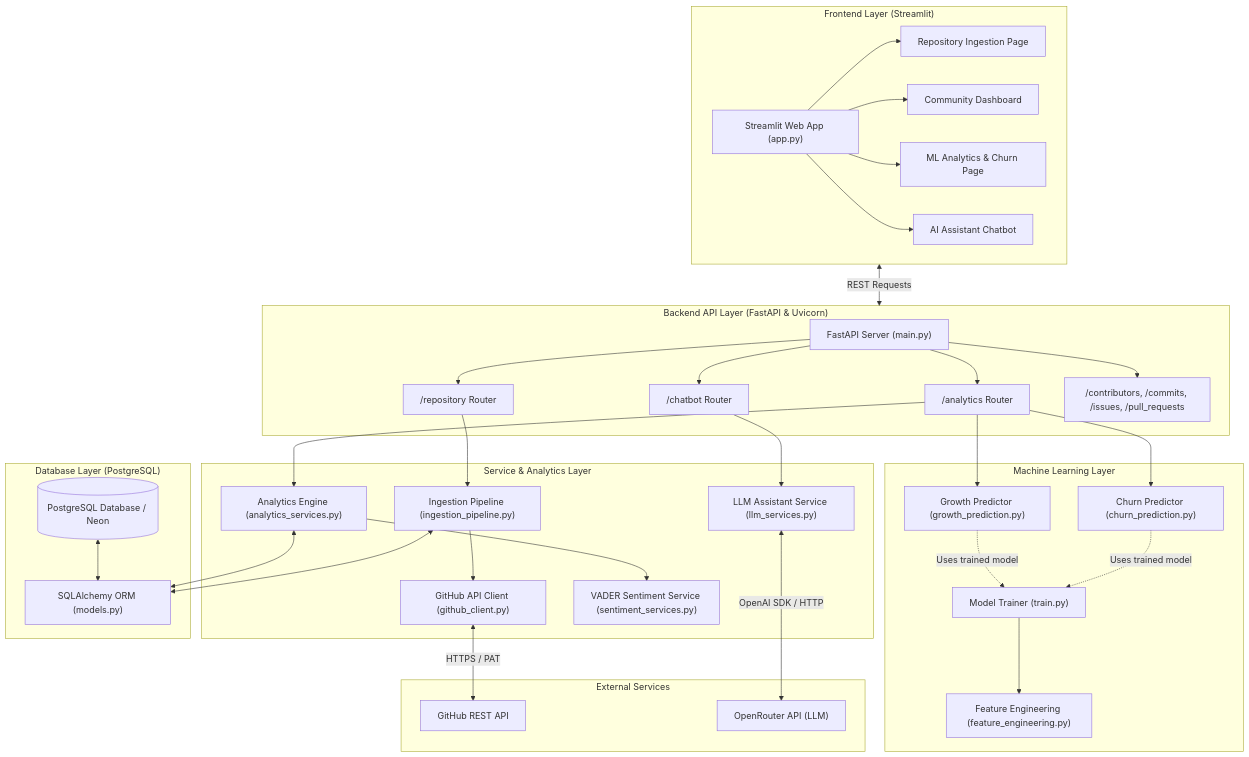
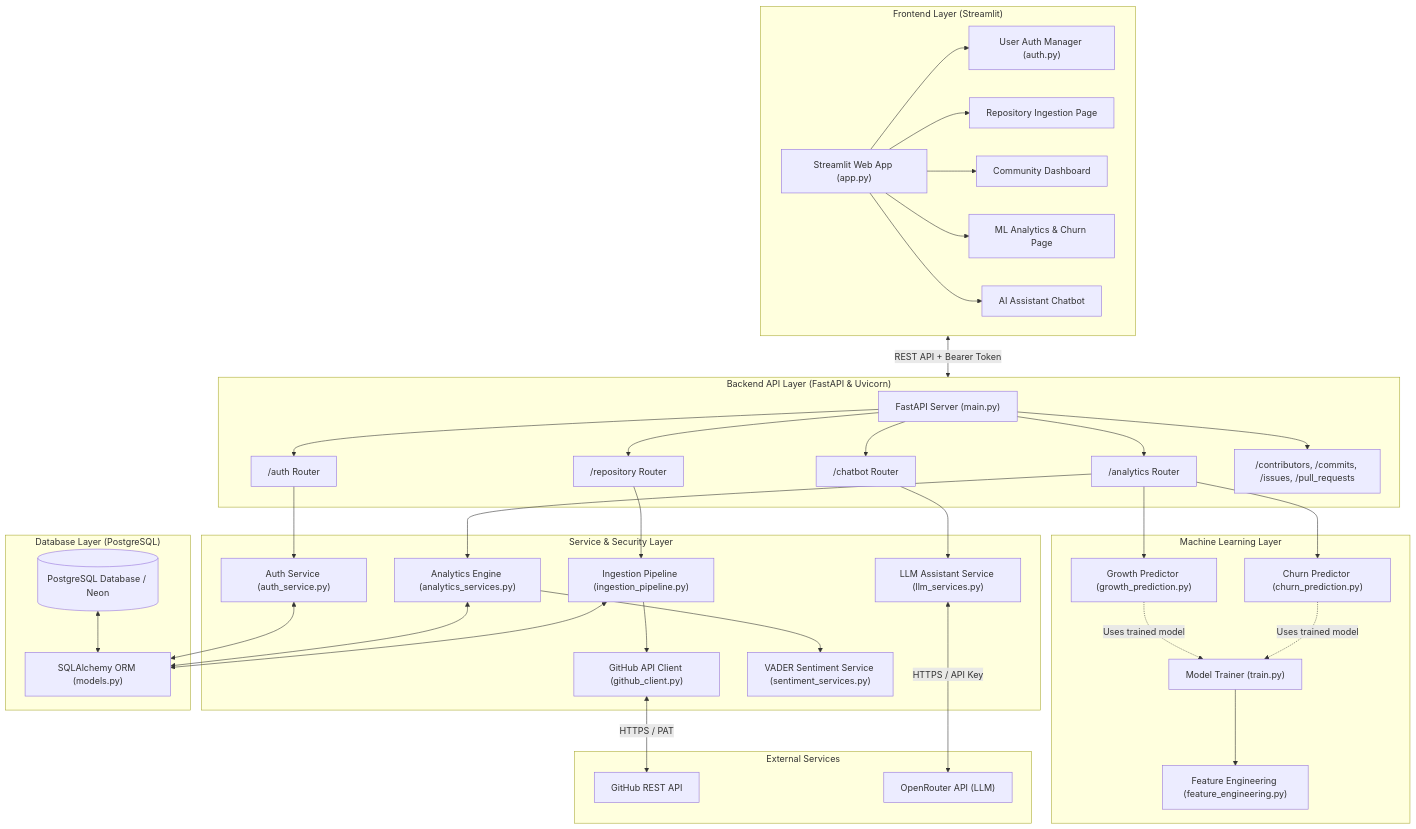
One commit to ParmeetCS/GitInsight-AI changed the first of 3 diagrams in README.md. Above: the diagram before and after it, drawn with Mermaid. The commit also changed other lines of this file and 3 other files, not shown here.

````diff
--- a/README.md
+++ b/README.md
@@ -27,10 +43,13 @@
 flowchart TD
     subgraph Client ["Frontend Layer (Streamlit)"]
         UI["Streamlit Web App (app.py)"]
+        AUTH_UI["User Auth Manager (auth.py)"]
         P1["Repository Ingestion Page"]
         P2["Community Dashboard"]
         P3["ML Analytics & Churn Page"]
         P4["AI Assistant Chatbot"]
+        
+        UI --> AUTH_UI
         UI --> P1
         UI --> P2
         UI --> P3
@@ -39,24 +58,28 @@
 
     subgraph API ["Backend API Layer (FastAPI & Uvicorn)"]
         MAIN["FastAPI Server (main.py)"]
+        R_AUTH["/auth Router"]
         R_REPO["/repository Router"]
         R_ANALYTICS["/analytics Router"]
         R_CHAT["/chatbot Router"]
         R_DATA["/contributors, /commits, /issues, /pull_requests"]
         
+        MAIN --> R_AUTH
         MAIN --> R_REPO
         MAIN --> R_ANALYTICS
         MAIN --> R_CHAT
         MAIN --> R_DATA
     end
 
-    subgraph Service ["Service & Analytics Layer"]
+    subgraph Service ["Service & Security Layer"]
+        AUTH_SERV["Auth Service (auth_service.py)"]
         INGEST["Ingestion Pipeline (ingestion_pipeline.py)"]
         GH_CLIENT["GitHub API Client (github_client.py)"]
         ANALYTICS_ENG["Analytics Engine (analytics_services.py)"]
         SENTIMENT["VADER Sentiment Service (sentiment_services.py)"]
         LLM_SERV["LLM Assistant Service (llm_services.py)"]
         
+        R_AUTH --> AUTH_SERV
         INGEST --> GH_CLIENT
         ANALYTICS_ENG --> SENTIMENT
     end
@@ -83,8 +106,9 @@
         OPENROUTER["OpenRouter API (LLM)"]
     end
 
-    %% Flow connections
-    Client <-->|REST Requests| API
+    %% Client-Backend Connections
+    Client <-->|REST API + Bearer Token| API
+    
     R_REPO --> INGEST
     R_ANALYTICS --> ANALYTICS_ENG
     R_ANALYTICS --> CHURN
@@ -93,7 +117,8 @@
     
     INGEST <--> ORM
     ANALYTICS_ENG <--> ORM
+    AUTH_SERV <--> ORM
     
     GH_CLIENT <-->|HTTPS / PAT| GITHUB
-    LLM_SERV <-->|OpenAI SDK / HTTP| OPENROUTER
+    LLM_SERV <-->|HTTPS / API Key| OPENROUTER
 ```
````
